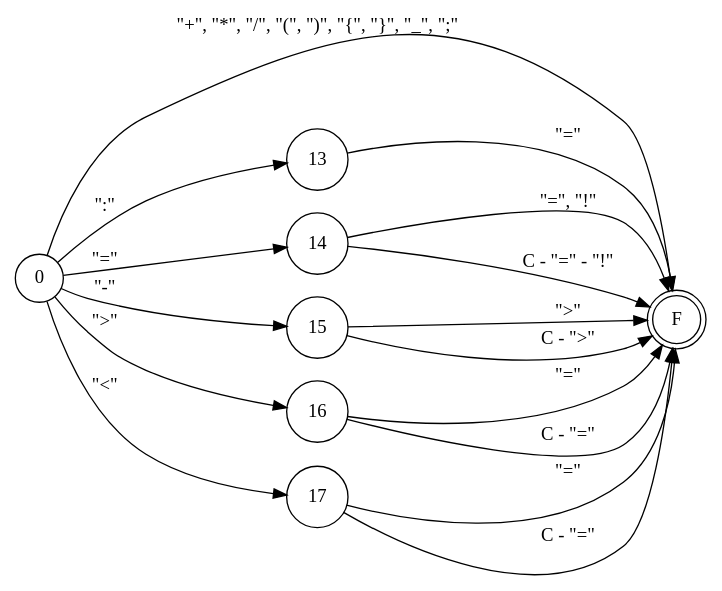
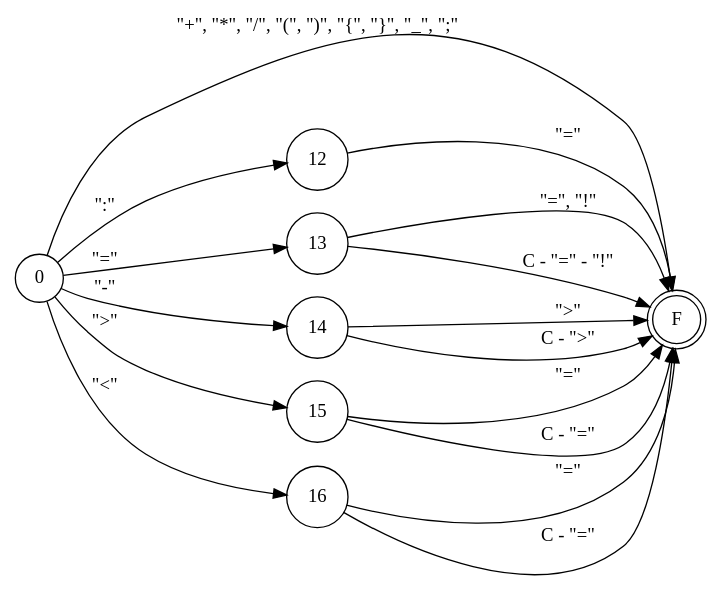
Before and after one commit to iroumec/RouVel-Compiler: the diagram in resources/FA/FADiagrams/operators.dot, drawn with Graphviz. The commit also changed 12 other files, not shown here.

```diff
--- a/resources/FA/FADiagrams/operators.dot
+++ b/resources/FA/FADiagrams/operators.dot
@@ -1,25 +1,25 @@
 digraph DFA {
     rankdir = LR;
     // layout de izquierda a derecha
     
     node [shape = circle;];
     
     // Estado de aceptación.
     F [shape = doublecircle;];
     
-    0 -> 13 [label = "\":\"";];
-    13 -> F [label = "\"=\"";];
-    0 -> 14 [label = "\"=\"";];
-    14 -> F [label = "\"=\", \"!\"";];
-    14 -> F [label = "C - \"=\" - \"!\"";];
+    0 -> 12 [label = "\":\"";];
+    12 -> F [label = "\"=\"";];
+    0 -> 13 [label = "\"=\"";];
+    13 -> F [label = "\"=\", \"!\"";];
+    13 -> F [label = "C - \"=\" - \"!\"";];
     0 -> F [label = "\"+\", \"*\", \"/\", \"(\", \")\", \"{\", \"}\", \"_\", \";\"";];
-    0 -> 15 [label = "\"-\"";];
-    15 -> F [label = "\">\"";];
-    15 -> F [label = "C - \">\"";];
-    0 -> 16 [label = "\">\"";];
+    0 -> 14 [label = "\"-\"";];
+    14 -> F [label = "\">\"";];
+    14 -> F [label = "C - \">\"";];
+    0 -> 15 [label = "\">\"";];
+    15 -> F [label = "\"=\"";];
+    15 -> F [label = "C - \"=\"";];
+    0 -> 16 [label = "\"<\"";];
     16 -> F [label = "\"=\"";];
     16 -> F [label = "C - \"=\"";];
-    0 -> 17 [label = "\"<\"";];
-    17 -> F [label = "\"=\"";];
-    17 -> F [label = "C - \"=\"";];
 }
```
